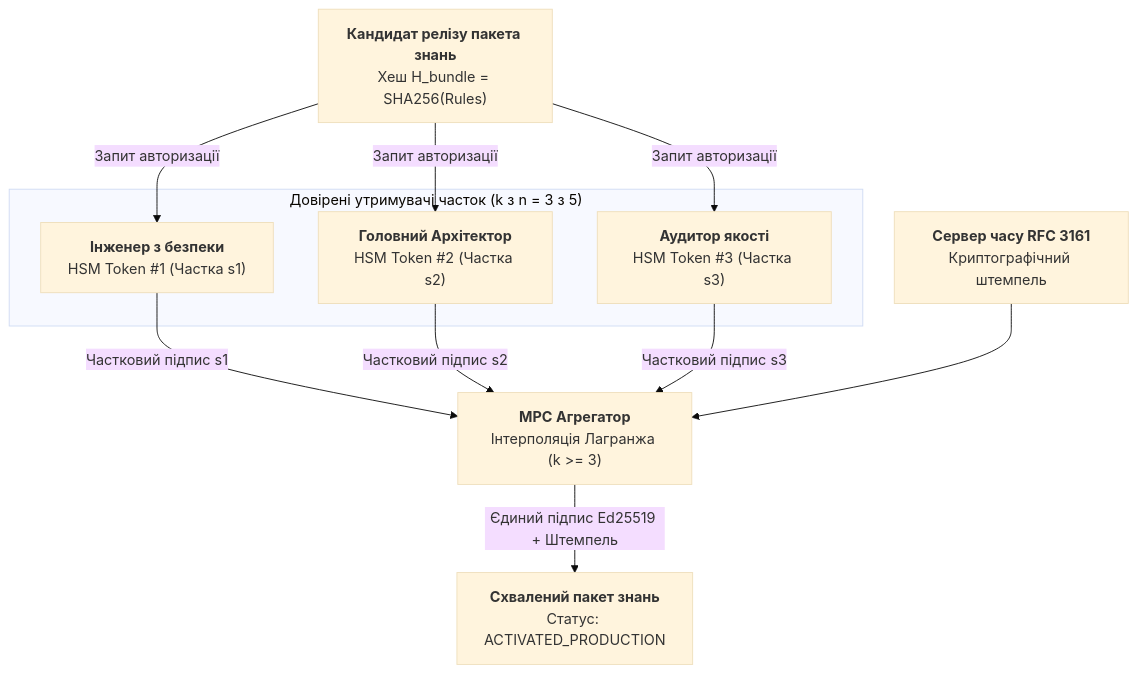
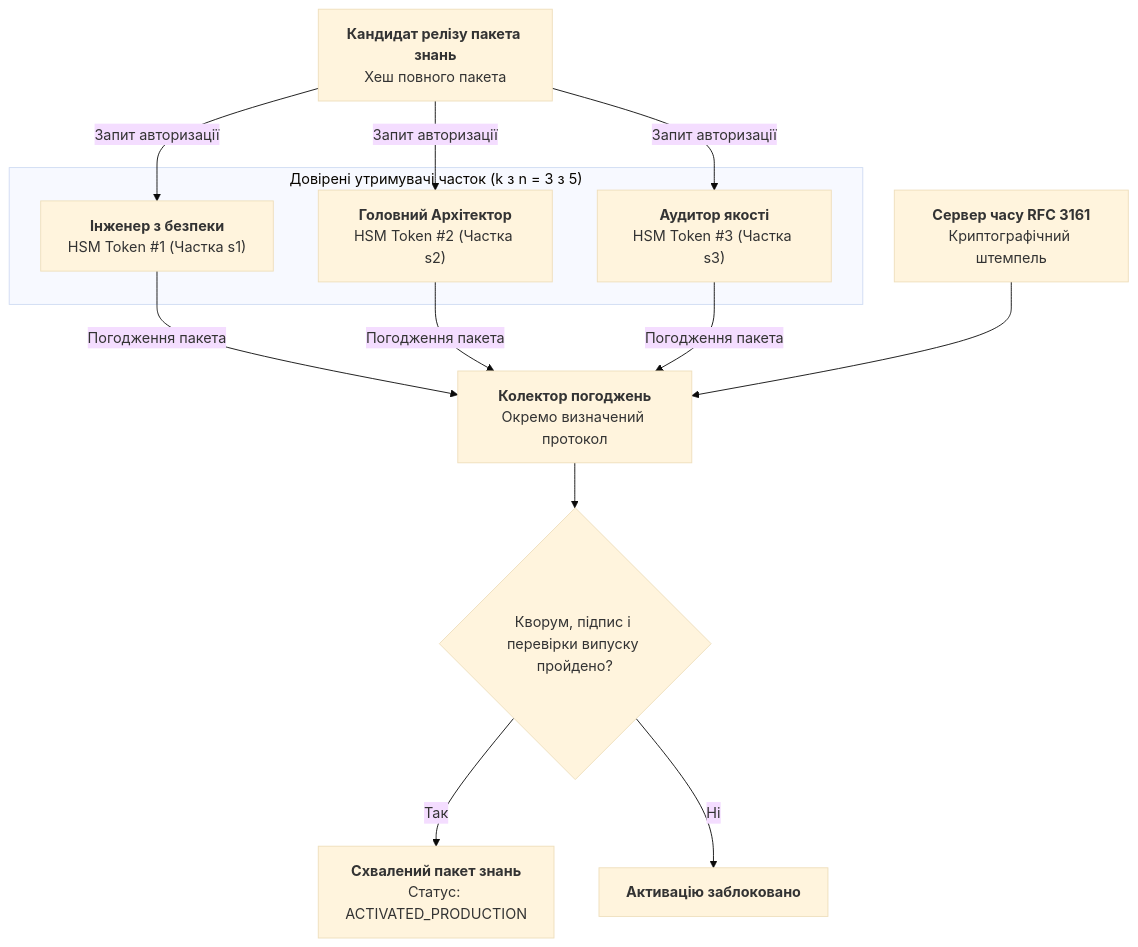
One commit to nick-fedchik/articles changed the fifth of 5 diagrams in ExpertSystem/ch05-triad-of-trust-and-corporate-memory.md. Above: the diagram before and after it, drawn with Mermaid (base theme). The commit also changed other lines of this file and 193 other files, not shown here.

````diff
--- a/ExpertSystem/ch05-triad-of-trust-and-corporate-memory.md
+++ b/ExpertSystem/ch05-triad-of-trust-and-corporate-memory.md
@@ -632,25 +647,27 @@
 ```mermaid
 flowchart TD
     accTitle: Порогова авторизація та консорціумний підпис оновлень бази знань
-    accDescr: Схема k-of-n порогового консорціумного підпису з використанням апаратних HSM і протоколу Шаміра для активації оновлень бази знань.
+   accDescr: Концептуальна схема навчального порога 3 з 5. Колектор перевіряє різних уповноважених учасників, прив'язку до пакета, підпис і штемпель часу; недостатній кворум або невиконані перевірки блокують активацію. Криптографічний протокол визначається окремо.
 
     subgraph STAKEHOLDERS["Довірені утримувачі часток (k з n = 3 з 5)"]
         S1["<b>Інженер з безпеки</b><br/>HSM Token #1 (Частка s1)"]
         S2["<b>Головний Архітектор</b><br/>HSM Token #2 (Частка s2)"]
         S3["<b>Аудитор якості</b><br/>HSM Token #3 (Частка s3)"]
     end
 
-    BUNDLE["<b>Кандидат релізу пакета знань</b><br/>Хеш H_bundle = SHA256(Rules)"]
+   BUNDLE["<b>Кандидат релізу пакета знань</b><br/>Хеш повного пакета"]
 
-    BUNDLE -->|Запит авторизації| S1
-    BUNDLE -->|Запит авторизації| S2
-    BUNDLE -->|Запит авторизації| S3
+   BUNDLE -->|"Запит авторизації"| S1
+   BUNDLE -->|"Запит авторизації"| S2
+   BUNDLE -->|"Запит авторизації"| S3
 
-    S1 -->|Частковий підпис s1| COLLECTOR["<b>MPC Агрегатор</b><br/>Інтерполяція Лагранжа (k >= 3)"]
-    S2 -->|Частковий підпис s2| COLLECTOR
-    S3 -->|Частковий підпис s3| COLLECTOR
+   S1 -->|"Погодження пакета"| COLLECTOR["<b>Колектор погоджень</b><br/>Окремо визначений протокол"]
+   S2 -->|"Погодження пакета"| COLLECTOR
+   S3 -->|"Погодження пакета"| COLLECTOR
 
     TSA["<b>Сервер часу RFC 3161</b><br/>Криптографічний штемпель"] --> COLLECTOR
 
-    COLLECTOR -->|Єдиний підпис Ed25519 + Штемпель| RELEASE["<b>Схвалений пакет знань</b><br/>Статус: ACTIVATED_PRODUCTION"]
+   COLLECTOR --> CHECK{"Кворум, підпис і перевірки випуску пройдено?"}
+   CHECK -->|"Так"| RELEASE["<b>Схвалений пакет знань</b><br/>Статус: ACTIVATED_PRODUCTION"]
+   CHECK -->|"Ні"| HOLD["<b>Активацію заблоковано</b>"]
 ```
````
